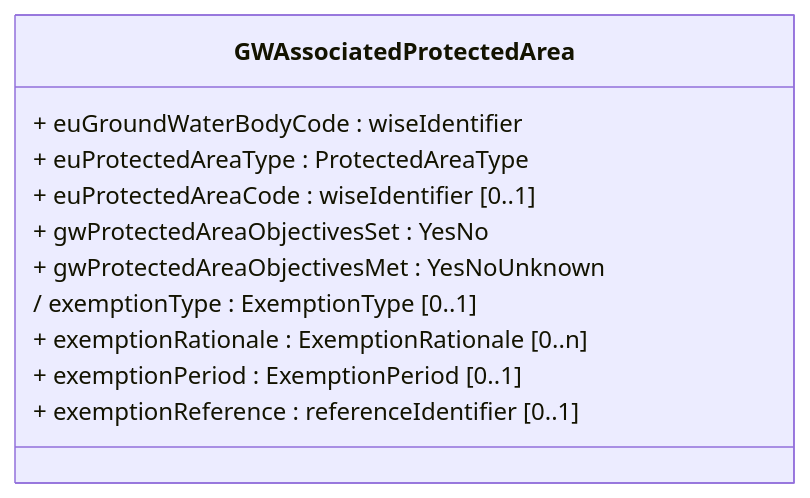
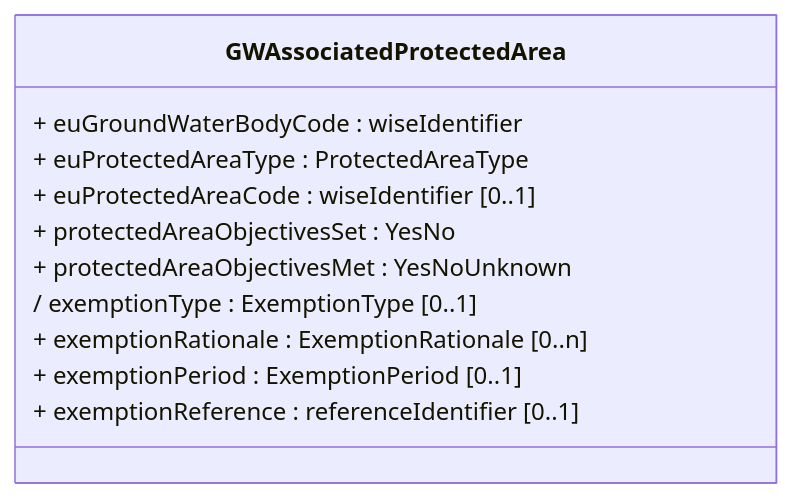
The eighth of 9 diagrams in docs/DataModelReview/WFDExemptions.md (eeadata/WISE.WFD.Documentation), drawn with Mermaid before and after one commit. The commit also changed other lines of this file, not shown here.

Commit message:
Typo in the AssociatedProtectedArea tables

````diff
--- a/docs/DataModelReview/WFDExemptions.md
+++ b/docs/DataModelReview/WFDExemptions.md
@@ -270,17 +270,17 @@
 ```{mermaid}
 :name: GWAssociatedProtectedAreaClass
 :caption: Groundwater Body - Associated Protected Area Exemption - 4th cycle
 :align: center
 classDiagram
 class GWAssociatedProtectedArea{
 	+ euGroundWaterBodyCode : wiseIdentifier
 	+ euProtectedAreaType : ProtectedAreaType
 	+ euProtectedAreaCode : wiseIdentifier [0..1]
-	+ gwProtectedAreaObjectivesSet : YesNo
-	+ gwProtectedAreaObjectivesMet : YesNoUnknown
+	+ protectedAreaObjectivesSet : YesNo
+	+ protectedAreaObjectivesMet : YesNoUnknown
 	/ exemptionType : ExemptionType [0..1]
 	+ exemptionRationale : ExemptionRationale [0..n]
 	+ exemptionPeriod : ExemptionPeriod [0..1]
 	+ exemptionReference : referenceIdentifier [0..1]
 	   } 
 ```
````
